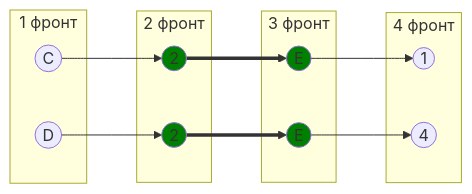
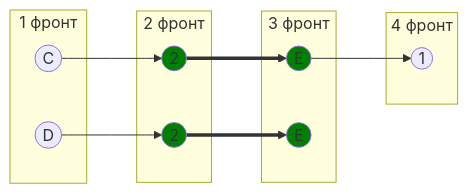
Before and after one commit to algos-ris-24-5/manual-tasks: the fourth of 10 diagrams in Задание 8/DIVI.md, drawn with Mermaid. The commit also changed other lines of this file, not shown here.

````diff
--- a/Задание 8/DIVI.md
+++ b/Задание 8/DIVI.md
@@ -136,33 +132,31 @@
 ```mermaid
 graph LR
     subgraph "1 фронт"
         C((C))
         D((D))
     end
     subgraph "2 фронт"
         2_1((2))
         2_2((2))
     end
     subgraph "3 фронт"
         E((E))
         E_1((E))
     end
     subgraph "4 фронт"
         1((1))
-        4((4))
     end
 
 
     C --> 2_1 ==> E
     E --> 1
-    E_1 --> 4
     D --> 2_2 
     2_2 ==> E_1
 
 
 
     style 2_1 fill:#008000
     style 2_2 fill:#008000
     style E fill:#008000
     style E_1 fill:#008000
 ```
````
